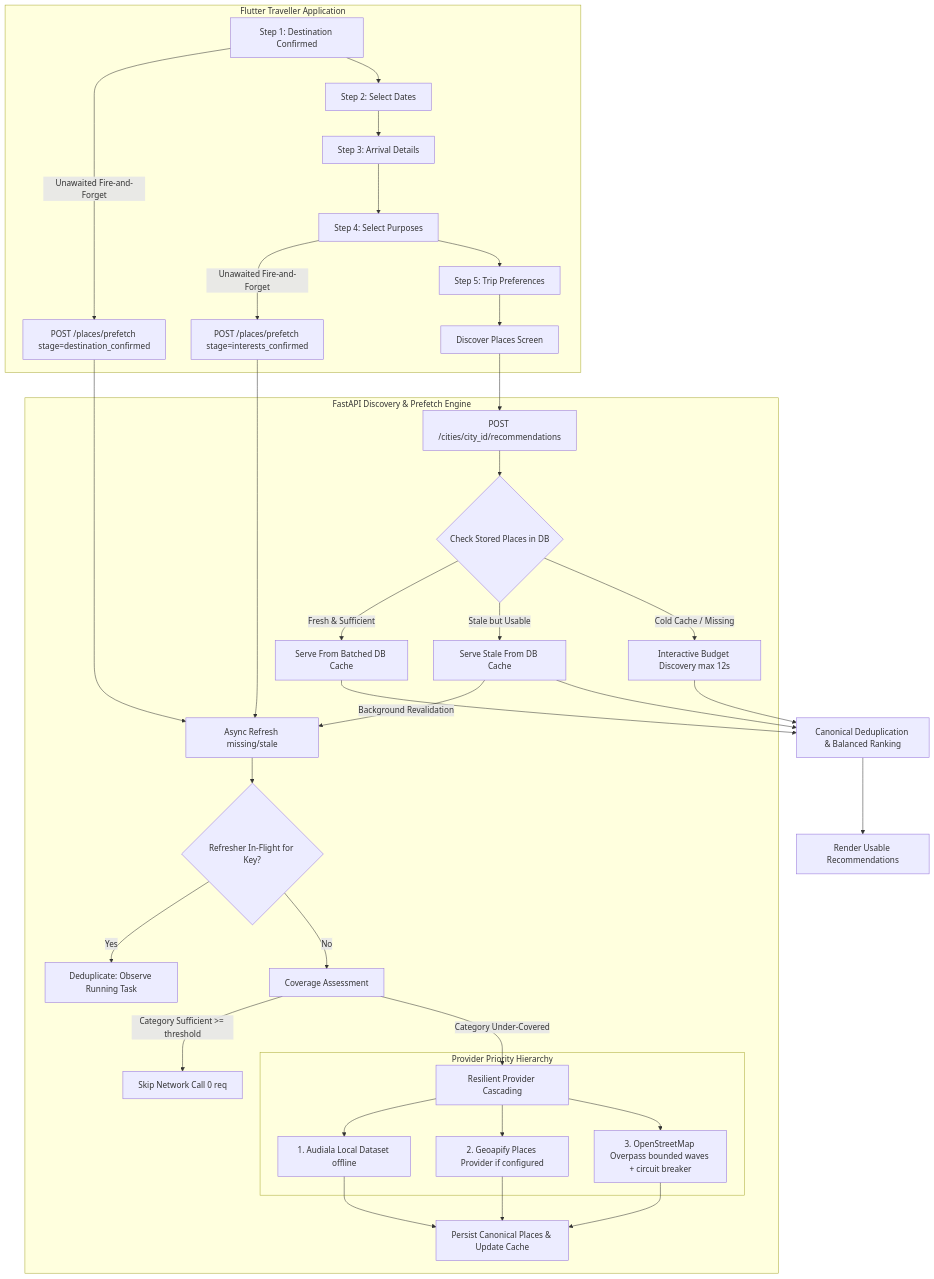
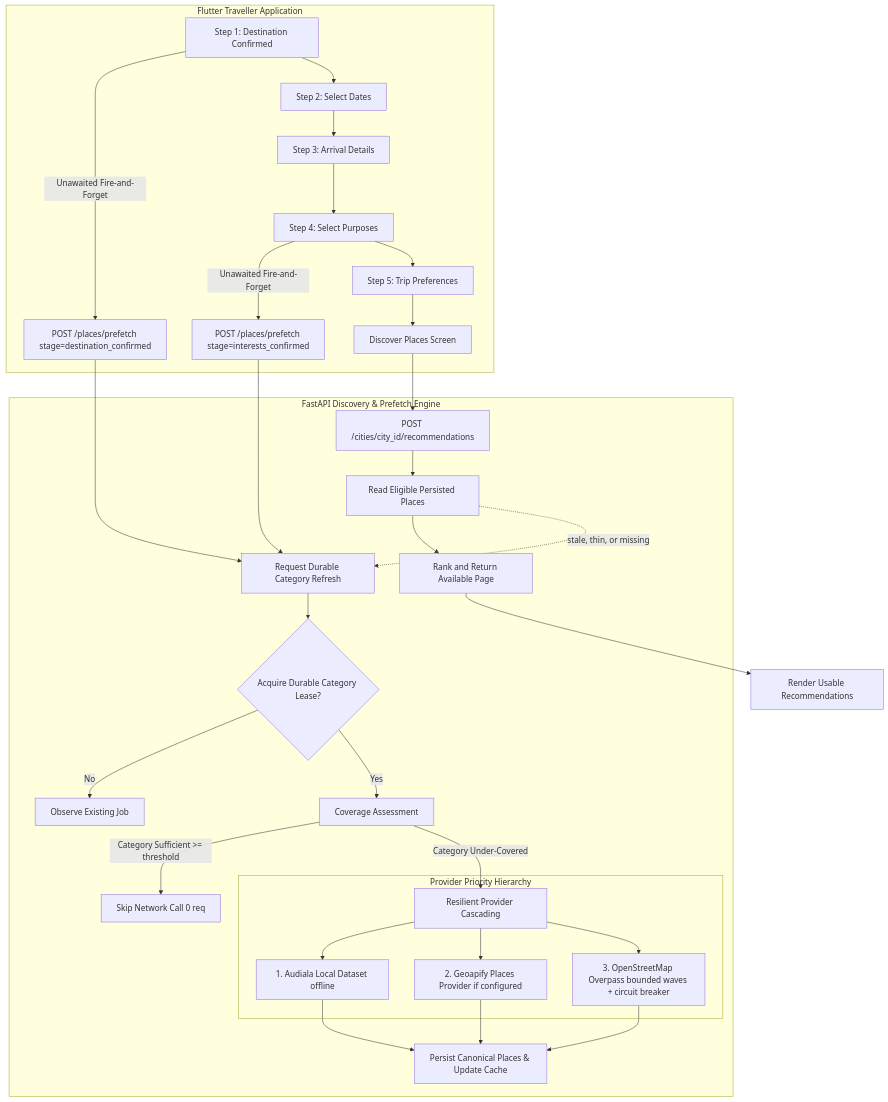
The diagram in docs/live_discovery_reliability.md (rohanxgiri/yatra_canvas), drawn with Mermaid before and after one commit. The commit also changed other lines of this file and 34 other files, not shown here.

````diff
--- a/docs/live_discovery_reliability.md
+++ b/docs/live_discovery_reliability.md
@@ -23,45 +28,40 @@
 ```mermaid
 flowchart TD
     subgraph UI ["Flutter Traveller Application"]
         A[Step 1: Destination Confirmed] -->|Unawaited Fire-and-Forget| P1[POST /places/prefetch stage=destination_confirmed]
         A --> B[Step 2: Select Dates]
         B --> C[Step 3: Arrival Details]
         C --> D[Step 4: Select Purposes]
         D -->|Unawaited Fire-and-Forget| P2[POST /places/prefetch stage=interests_confirmed]
         D --> E[Step 5: Trip Preferences]
         E --> F[Discover Places Screen]
     end
 
     subgraph Backend ["FastAPI Discovery & Prefetch Engine"]
         F --> G[POST /cities/city_id/recommendations]
-        G --> H{Check Stored Places in DB}
-        H -->|Fresh & Sufficient| I[Serve From Batched DB Cache]
-        H -->|Stale but Usable| J[Serve Stale From DB Cache]
-        J -->|Background Revalidation| K[Async Refresh missing/stale]
-        H -->|Cold Cache / Missing| L[Interactive Budget Discovery max 12s]
+        G --> H[Read Eligible Persisted Places]
+        H --> I[Rank and Return Available Page]
+        H -.->|stale, thin, or missing| K[Request Durable Category Refresh]
 
         P1 --> K
         P2 --> K
 
-        K --> M{Refresher In-Flight for Key?}
-        M -->|Yes| N[Deduplicate: Observe Running Task]
-        M -->|No| O[Coverage Assessment]
+        K --> M{Acquire Durable Category Lease?}
+        M -->|No| N[Observe Existing Job]
+        M -->|Yes| O[Coverage Assessment]
         O -->|Category Sufficient >= threshold| S[Skip Network Call 0 req]
         O -->|Category Under-Covered| P[Resilient Provider Cascading]
 
         subgraph Providers ["Provider Priority Hierarchy"]
             P --> Q[1. Audiala Local Dataset offline]
             P --> R[2. Geoapify Places Provider if configured]
             P --> T[3. OpenStreetMap Overpass bounded waves + circuit breaker]
         end
 
         Q --> U[Persist Canonical Places & Update Cache]
         R --> U
         T --> U
     end
 
-    I --> V[Canonical Deduplication & Balanced Ranking]
-    J --> V
-    L --> V
-    V --> W[Render Usable Recommendations]
+    I --> W[Render Usable Recommendations]
 ```
````
